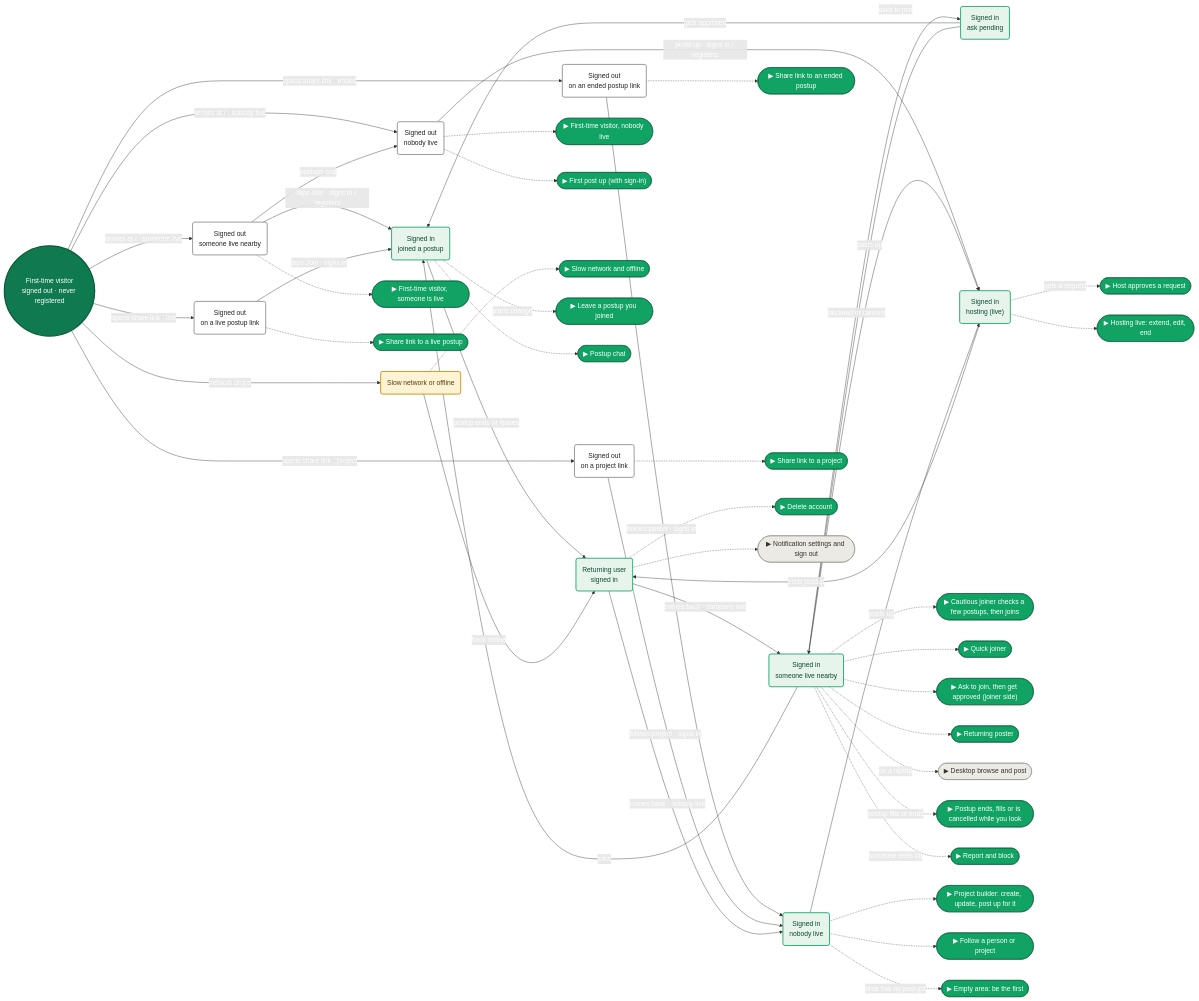
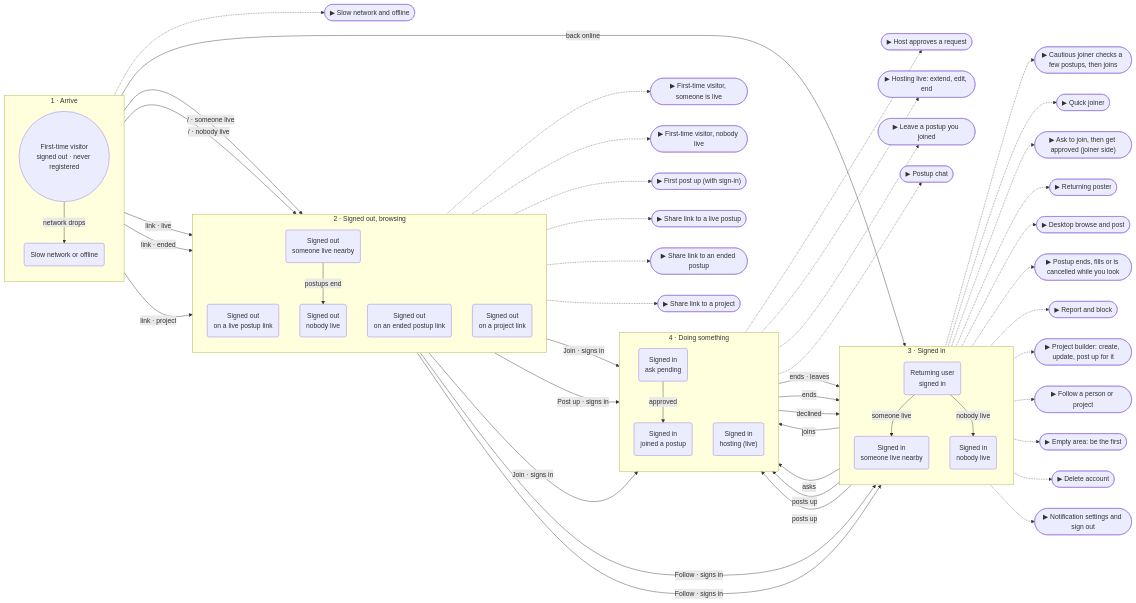
One commit to martintribo/postup changed the diagram in design/mockups/flows/map.md. Above: the diagram before and after it, drawn with Mermaid. The commit also changed other lines of this file and 32 other files, not shown here.

Commit message:
mockups: flow map regrouped into four lifecycle boxes with badges inside states; MVP checkboxes shared across map/grid/list/players [M1025]

````diff
--- a/design/mockups/flows/map.md
+++ b/design/mockups/flows/map.md
@@ -6,127 +12,97 @@
 ```mermaid
 flowchart LR
-  V0(("First-time visitor<br>signed out · never registered"))
-  SL("Signed out<br>someone live nearby")
-  SN("Signed out<br>nobody live")
-  SLK("Signed out<br>on a live postup link")
-  SEN("Signed out<br>on an ended postup link")
-  SPJ("Signed out<br>on a project link")
-  OFF("Slow network or offline")
-  JN("Signed in<br>joined a postup")
-  PEND("Signed in<br>ask pending")
-  HOST("Signed in<br>hosting (live)")
-  RET("Returning user<br>signed in")
-  RL("Signed in<br>someone live nearby")
-  RN("Signed in<br>nobody live")
-  V0 -->|"arrives at / · someone live"| SL
-  V0 -->|"arrives at / · nobody live"| SN
-  V0 -->|"opens share link · live"| SLK
-  V0 -->|"opens share link · ended"| SEN
-  V0 -->|"opens share link · project"| SPJ
+  subgraph arrive["1 · Arrive"]
+    direction TB
+    V0(("First-time visitor<br>signed out · never registered"))
+    OFF("Slow network or offline")
+  end
+  subgraph out["2 · Signed out, browsing"]
+    direction TB
+    SLK("Signed out<br>on a live postup link")
+    SL("Signed out<br>someone live nearby")
+    SN("Signed out<br>nobody live")
+    SEN("Signed out<br>on an ended postup link")
+    SPJ("Signed out<br>on a project link")
+  end
+  subgraph in["3 · Signed in"]
+    direction TB
+    RL("Signed in<br>someone live nearby")
+    RET("Returning user<br>signed in")
+    RN("Signed in<br>nobody live")
+  end
+  subgraph doing["4 · Doing something"]
+    direction TB
+    PEND("Signed in<br>ask pending")
+    JN("Signed in<br>joined a postup")
+    HOST("Signed in<br>hosting (live)")
+  end
+  V0 -->|"/ · someone live"| SL
+  V0 -->|"/ · nobody live"| SN
+  V0 -->|"link · live"| SLK
+  V0 -->|"link · ended"| SEN
+  V0 -->|"link · project"| SPJ
   V0 -->|"network drops"| OFF
-  SL -->|"taps Join · signs in / registers"| JN
+  SL -->|"Join · signs in"| JN
   SL -->|"postups end"| SN
-  SN -->|"posts up · signs in / registers"| HOST
-  SLK -->|"taps Join · signs in"| JN
-  SEN -->|"follows poster · signs in"| RN
-  SPJ -->|"follows project · signs in"| RN
-  JN -->|"postup ends or leaves"| RET
-  HOST -->|"ends postup"| RET
-  RET -->|"comes back · someone live"| RL
-  RET -->|"comes back · nobody live"| RN
+  SN -->|"Post up · signs in"| HOST
+  SLK -->|"Join · signs in"| JN
+  SEN -->|"Follow · signs in"| RN
+  SPJ -->|"Follow · signs in"| RN
+  JN -->|"ends · leaves"| RET
+  HOST -->|"ends"| RET
+  RET -->|"someone live"| RL
+  RET -->|"nobody live"| RN
   RL -->|"joins"| JN
-  RL -->|"asks to join"| PEND
-  PEND -->|"gets approved"| JN
-  PEND -->|"declined or cancels"| RL
+  RL -->|"asks"| PEND
+  PEND -->|"approved"| JN
+  PEND -->|"declined"| RL
   RL -->|"posts up"| HOST
   RN -->|"posts up"| HOST
   OFF -->|"back online"| RET
   SL -.-> F_first_visit_live(["▶ First-time visitor, someone is live"])
-  click F_first_visit_live href "first-visit-live.html" "Open the First-time visitor, someone is live player"
-  class F_first_visit_live must
+  click F_first_visit_live href "first-visit-live.html"
   SN -.-> F_first_visit_none(["▶ First-time visitor, nobody live"])
-  click F_first_visit_none href "first-visit-none.html" "Open the First-time visitor, nobody live player"
-  class F_first_visit_none must
+  click F_first_visit_none href "first-visit-none.html"
   SN -.-> F_first_post(["▶ First post up (with sign-in)"])
-  click F_first_post href "first-post.html" "Open the First post up (with sign-in) player"
-  class F_first_post must
+  click F_first_post href "first-post.html"
   SLK -.-> F_invite_live(["▶ Share link to a live postup"])
-  click F_invite_live href "invite-live.html" "Open the Share link to a live postup player"
-  class F_invite_live must
+  click F_invite_live href "invite-live.html"
   SEN -.-> F_invite_ended(["▶ Share link to an ended postup"])
-  click F_invite_ended href "invite-ended.html" "Open the Share link to an ended postup player"
-  class F_invite_ended must
+  click F_invite_ended href "invite-ended.html"
   SPJ -.-> F_invite_project(["▶ Share link to a project"])
-  click F_invite_project href "invite-project.html" "Open the Share link to a project player"
-  class F_invite_project must
+  click F_invite_project href "invite-project.html"
   OFF -.-> F_loading_offline(["▶ Slow network and offline"])
-  click F_loading_offline href "loading-offline.html" "Open the Slow network and offline player"
-  class F_loading_offline must
+  click F_loading_offline href "loading-offline.html"
   RL -.-> F_cautious_joiner(["▶ Cautious joiner checks a few postups, then joins"])
-  click F_cautious_joiner href "cautious-joiner.html" "Open the Cautious joiner checks a few postups, then joins player"
-  class F_cautious_joiner must
+  click F_cautious_joiner href "cautious-joiner.html"
   RL -.-> F_quick_joiner(["▶ Quick joiner"])
-  click F_quick_joiner href "quick-joiner.html" "Open the Quick joiner player"
-  class F_quick_joiner must
+  click F_quick_joiner href "quick-joiner.html"
   RL -.-> F_ask_join(["▶ Ask to join, then get approved (joiner side)"])
-  click F_ask_join href "ask-join.html" "Open the Ask to join, then get approved (joiner side) player"
-  class F_ask_join must
+  click F_ask_join href "ask-join.html"
   RL -.-> F_returning_post(["▶ Returning poster"])
-  click F_returning_post href "returning-post.html" "Open the Returning poster player"
-  class F_returning_post must
-  RL -.->|"on a laptop"| F_desktop_browse(["▶ Desktop browse and post"])
-  click F_desktop_browse href "desktop-browse.html" "Open the Desktop browse and post player"
-  class F_desktop_browse nice
-  RL -.->|"postup fills or ends"| F_postup_states(["▶ Postup ends, fills or is cancelled while you look"])
-  click F_postup_states href "postup-states.html" "Open the Postup ends, fills or is cancelled while you look player"
-  class F_postup_states must
-  RL -.->|"someone feels off"| F_safety(["▶ Report and block"])
-  click F_safety href "safety.html" "Open the Report and block player"
-  class F_safety must
-  HOST -.->|"gets a request"| F_host_approve(["▶ Host approves a request"])
-  click F_host_approve href "host-approve.html" "Open the Host approves a request player"
-  class F_host_approve must
+  click F_returning_post href "returning-post.html"
+  RL -.-> F_desktop_browse(["▶ Desktop browse and post"])
+  click F_desktop_browse href "desktop-browse.html"
+  RL -.-> F_postup_states(["▶ Postup ends, fills or is cancelled while you look"])
+  click F_postup_states href "postup-states.html"
+  RL -.-> F_safety(["▶ Report and block"])
+  click F_safety href "safety.html"
+  HOST -.-> F_host_approve(["▶ Host approves a request"])
+  click F_host_approve href "host-approve.html"
   HOST -.-> F_hosting(["▶ Hosting live: extend, edit, end"])
-  click F_hosting href "hosting.html" "Open the Hosting live: extend, edit, end player"
-  class F_hosting must
-  JN -.->|"plans change"| F_leave(["▶ Leave a postup you joined"])
-  click F_leave href "leave.html" "Open the Leave a postup you joined player"
-  class F_leave must
+  click F_hosting href "hosting.html"
+  JN -.-> F_leave(["▶ Leave a postup you joined"])
+  click F_leave href "leave.html"
   JN -.-> F_chat(["▶ Postup chat"])
-  click F_chat href "chat.html" "Open the Postup chat player"
-  class F_chat must
+  click F_chat href "chat.html"
   RN -.-> F_project_builder(["▶ Project builder: create, update, post up for it"])
-  click F_project_builder href "project-builder.html" "Open the Project builder: create, update, post up for it player"
-  class F_project_builder must
+  click F_project_builder href "project-builder.html"
   RN -.-> F_following(["▶ Follow a person or project"])
-  click F_following href "following.html" "Open the Follow a person or project player"
-  class F_following must
-  RN -.->|"area has no postups"| F_empty_area(["▶ Empty area: be the first"])
-  click F_empty_area href "empty-area.html" "Open the Empty area: be the first player"
-  class F_empty_area must
+  click F_following href "following.html"
+  RN -.-> F_empty_area(["▶ Empty area: be the first"])
+  click F_empty_area href "empty-area.html"
   RET -.-> F_delete_account(["▶ Delete account"])
-  click F_delete_account href "delete-account.html" "Open the Delete account player"
-  class F_delete_account must
+  click F_delete_account href "delete-account.html"
   RET -.-> F_settings_notify(["▶ Notification settings and sign out"])
-  click F_settings_notify href "settings-notify.html" "Open the Notification settings and sign out player"
-  class F_settings_notify nice
-  class V0 root
-  class SL out
-  class SN out
-  class SLK out
-  class SEN out
-  class SPJ out
-  class OFF any
-  class JN in
-  class PEND in
-  class HOST in
-  class RET in
-  class RL in
-  class RN in
-  classDef root fill:#0f7a4f,color:#fff,stroke:#0b5c3b,stroke-width:3px
-  classDef out fill:#fff,color:#232322,stroke:#8a8984,stroke-width:2px
-  classDef in fill:#e6f4ec,color:#0b4a30,stroke:#10a364,stroke-width:2px
-  classDef any fill:#fff3d6,color:#5c3d00,stroke:#c48a00,stroke-width:2px
-  classDef must fill:#10a364,color:#fff,stroke:#0b5c3b
-  classDef nice fill:#eceae4,color:#33332f,stroke:#8a8984
+  click F_settings_notify href "settings-notify.html"
 ```
````
